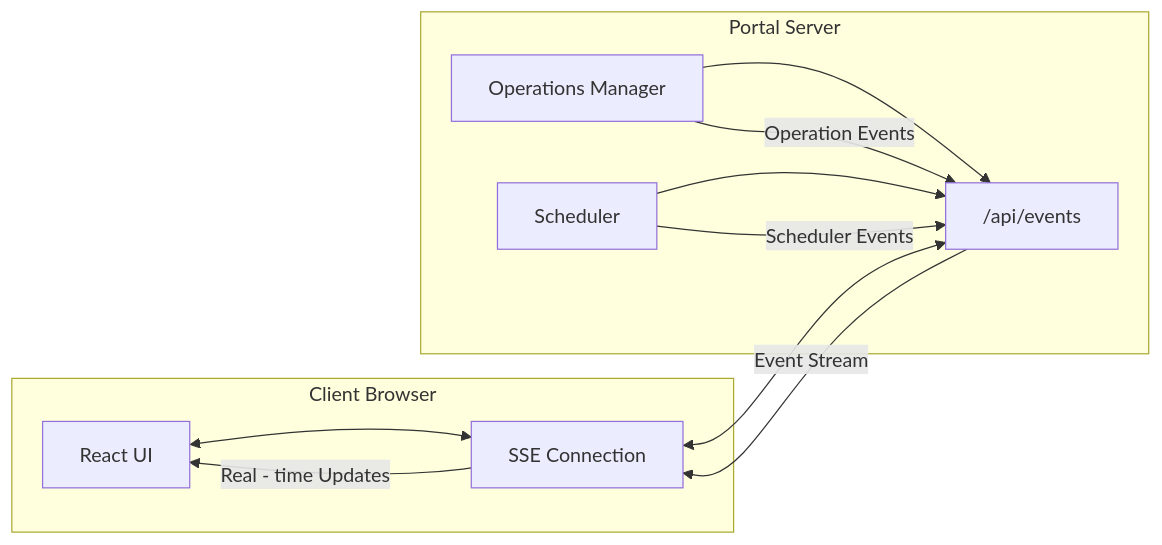
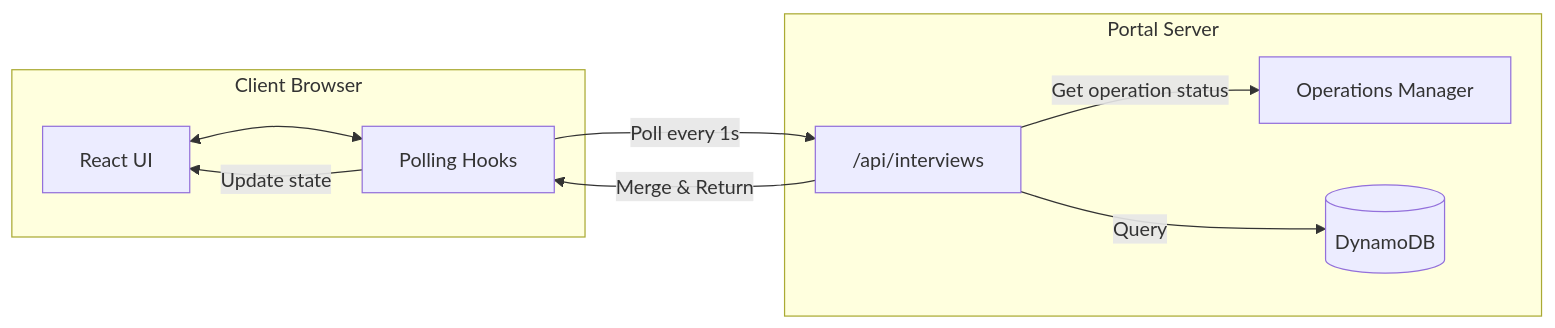
One commit to vinceyyy/prequel changed the seventh of 8 diagrams in ARCHITECTURE.md. Above: the diagram before and after it, drawn with Mermaid. The commit also changed other lines of this file and 8 other files, not shown here.

First line of the commit message:
docs: update documentation to reflect polling architecture

````diff
--- a/ARCHITECTURE.md
+++ b/ARCHITECTURE.md
@@ -470,22 +469,20 @@
 ```mermaid
 graph LR
     subgraph "Client Browser"
         UI[React UI]
-        SSE[SSE Connection]
+        POLL[Polling Hooks]
     end
 
     subgraph "Portal Server"
-        API["/api/events"]
+        API["/api/interviews"]
         OM[Operations Manager]
-        S[Scheduler]
+        DB[(DynamoDB)]
     end
 
-    UI <--> SSE
-    SSE <--> API
-    OM --> API
-    S --> API
-    OM -->|Operation Events| API
-    S -->|Scheduler Events| API
-    API -->|Event Stream| SSE
-    SSE -->|Real - time Updates| UI
+    UI <--> POLL
+    POLL -->|Poll every 1s| API
+    API -->|Query| DB
+    API -->|Get operation status| OM
+    API -->|Merge & Return| POLL
+    POLL -->|Update state| UI
 ```
````
